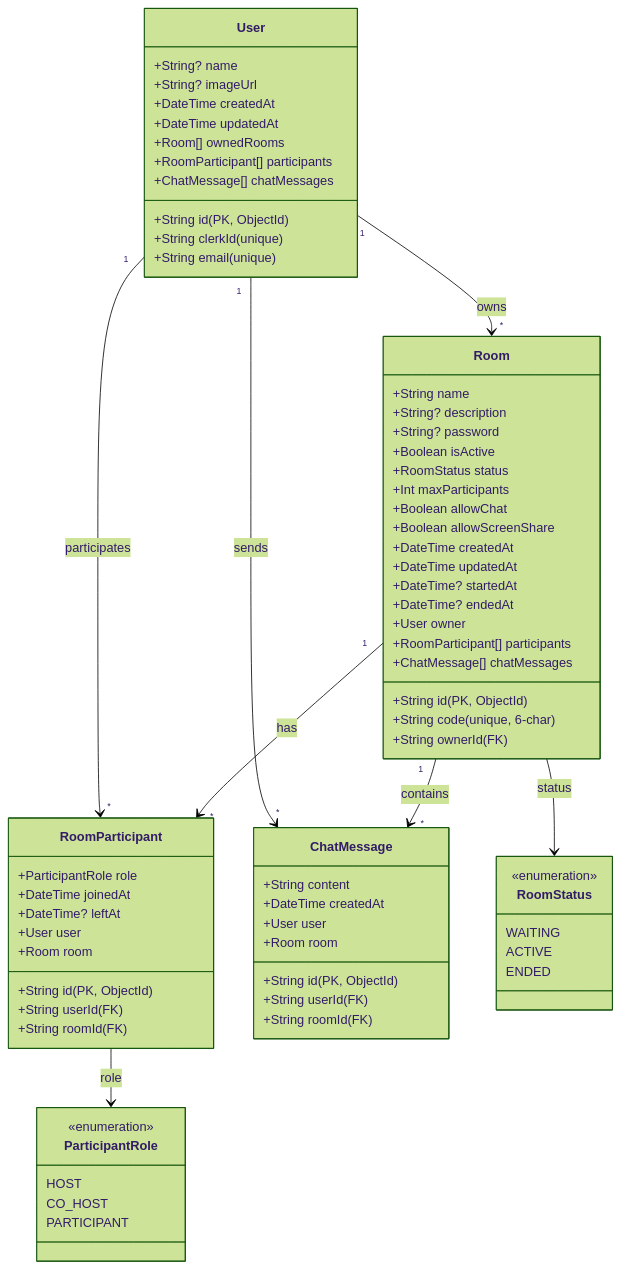
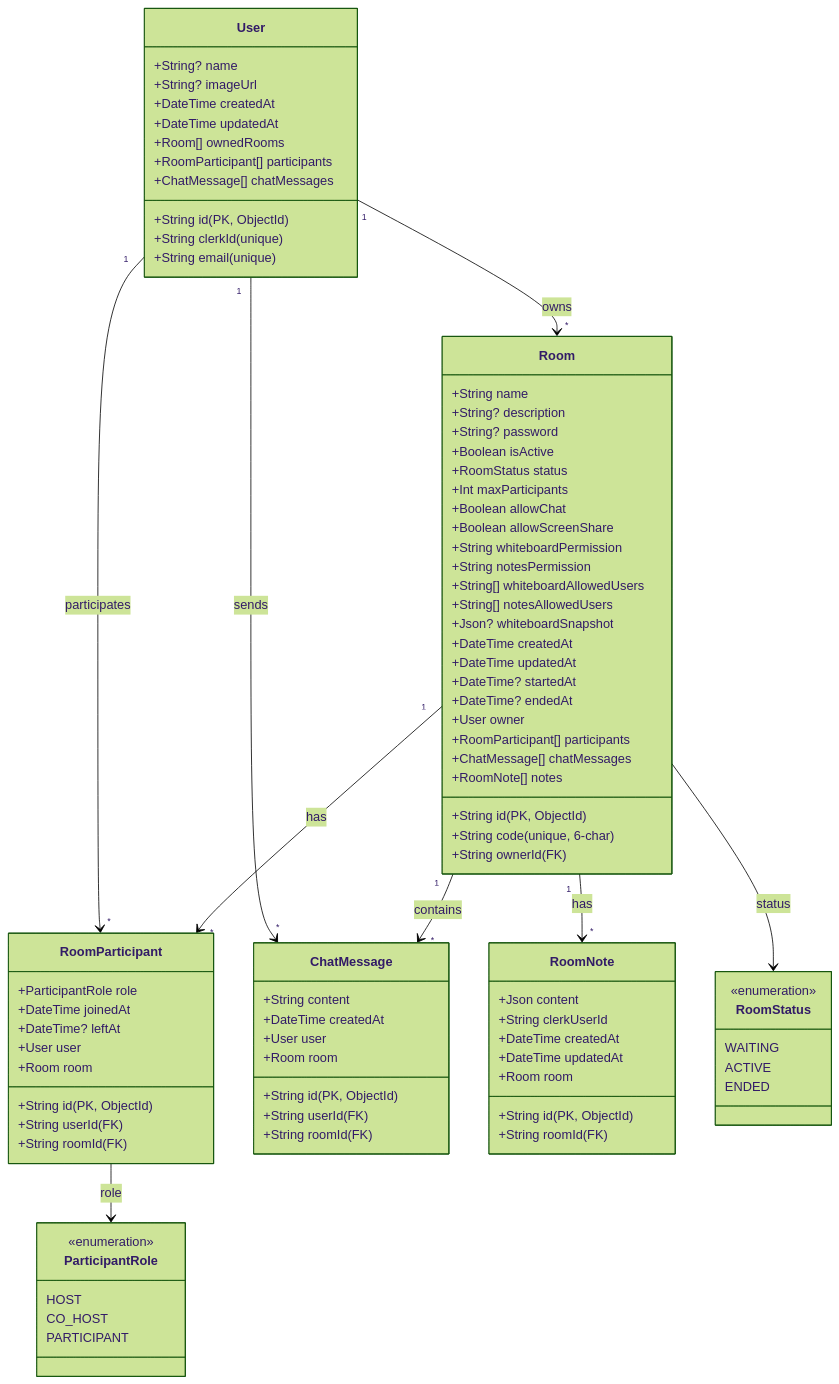
Before and after one commit to pho-veteran/stoom: diagram 18 of 19 in stoom-app/reports.md, drawn with Mermaid (forest theme). The commit also changed other lines of this file and 44 other files, not shown here.

````diff
--- a/stoom-app/reports.md
+++ b/stoom-app/reports.md
@@ -1099,6 +1295,11 @@
         +Int maxParticipants
         +Boolean allowChat
         +Boolean allowScreenShare
+        +String whiteboardPermission
+        +String notesPermission
+        +String[] whiteboardAllowedUsers
+        +String[] notesAllowedUsers
+        +Json? whiteboardSnapshot
         +DateTime createdAt
         +DateTime updatedAt
         +DateTime? startedAt
@@ -1107,6 +1308,7 @@
         +User owner
         +RoomParticipant[] participants
         +ChatMessage[] chatMessages
+        +RoomNote[] notes
     }
     
     class RoomParticipant {
@@ -1130,6 +1332,16 @@
         +Room room
     }
     
+    class RoomNote {
+        +String id (PK, ObjectId)
+        +Json content
+        +String clerkUserId
+        +String roomId (FK)
+        +DateTime createdAt
+        +DateTime updatedAt
+        +Room room
+    }
+    
     class RoomStatus {
         <<enumeration>>
         WAITING
@@ -1149,6 +1361,7 @@
     User "1" --> "*" ChatMessage : sends
     Room "1" --> "*" RoomParticipant : has
     Room "1" --> "*" ChatMessage : contains
+    Room "1" --> "*" RoomNote : has
     Room --> RoomStatus : status
     RoomParticipant --> ParticipantRole : role
 ```
````
